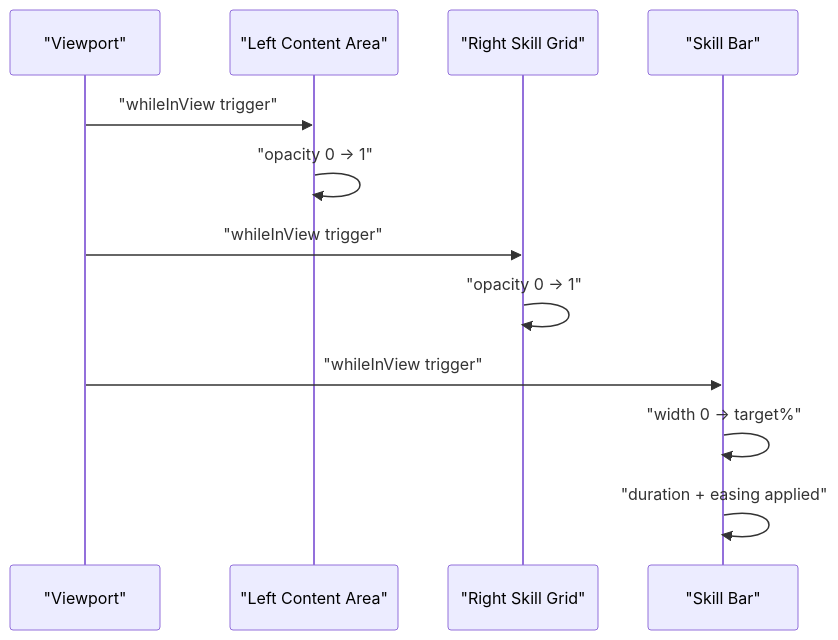
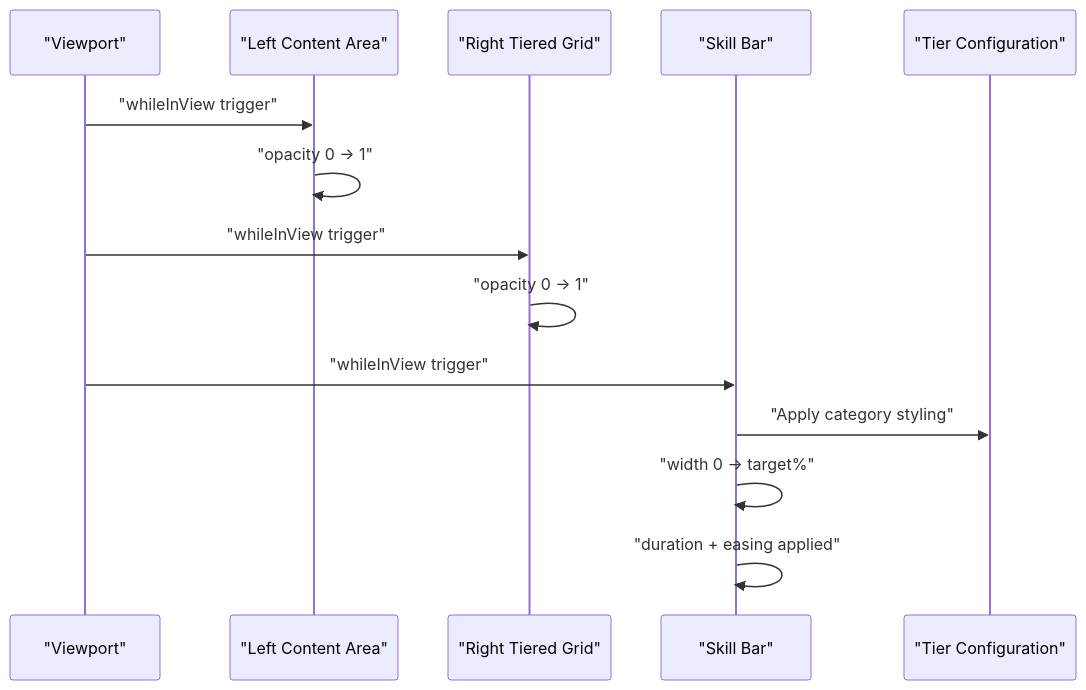
One commit to subash7781/Portfolio changed the third of 4 diagrams in .qoder/repowiki/en/content/Component Library & UI Elements/BentoSection Component.md. Above: the diagram before and after it, drawn with Mermaid. The commit also changed other lines of this file and 8 other files, not shown here.

````diff
--- a/.qoder/repowiki/en/content/Component Library & UI Elements/BentoSection Component.md
+++ b/.qoder/repowiki/en/content/Component Library & UI Elements/BentoSection Component.md
@@ -147,14 +181,16 @@
 ```mermaid
 sequenceDiagram
 participant Viewport as "Viewport"
 participant LeftCard as "Left Content Area"
-participant RightCard as "Right Skill Grid"
+participant RightCard as "Right Tiered Grid"
 participant SkillBar as "Skill Bar"
+participant TierConfig as "Tier Configuration"
 Viewport->>LeftCard : "whileInView trigger"
 LeftCard->>LeftCard : "opacity 0 -> 1"
 Viewport->>RightCard : "whileInView trigger"
 RightCard->>RightCard : "opacity 0 -> 1"
 Viewport->>SkillBar : "whileInView trigger"
+SkillBar->>TierConfig : "Apply category styling"
 SkillBar->>SkillBar : "width 0 -> target%"
 SkillBar->>SkillBar : "duration + easing applied"
 ```
````
